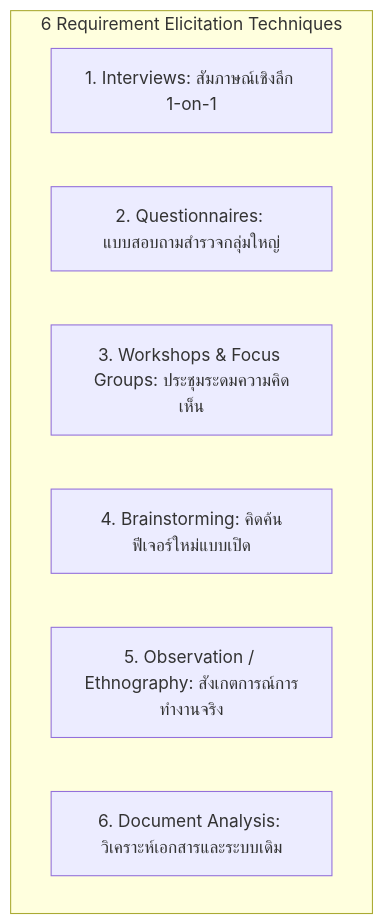
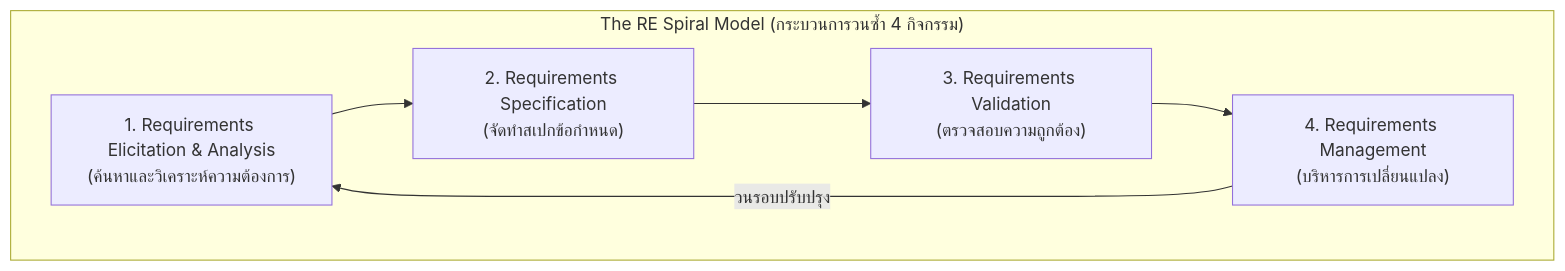
Before and after one commit to kanomoo/software-engineering: the fourth of 9 diagrams in Wiki/Lecture 3 - Requirements Engineering, Elicitation & Case Studies.md, drawn with Mermaid. The commit also changed other lines of this file and 5 other files, not shown here.

````diff
--- a/Wiki/Lecture 3 - Requirements Engineering, Elicitation & Case Studies.md
+++ b/Wiki/Lecture 3 - Requirements Engineering, Elicitation & Case Studies.md
@@ -101,11 +168,9 @@
 ```mermaid
 flowchart TD
-    subgraph Elicitation_Techniques ["6 Requirement Elicitation Techniques"]
-        T1["1. Interviews: สัมภาษณ์เชิงลึก 1-on-1"]
-        T2["2. Questionnaires: แบบสอบถามสำรวจกลุ่มใหญ่"]
-        T3["3. Workshops & Focus Groups: ประชุมระดมความคิดเห็น"]
-        T4["4. Brainstorming: คิดค้นฟีเจอร์ใหม่แบบเปิด"]
-        T5["5. Observation / Ethnography: สังเกตการณ์การทำงานจริง"]
-        T6["6. Document Analysis: วิเคราะห์เอกสารและระบบเดิม"]
+    subgraph RE_Spiral ["The RE Spiral Model (กระบวนการวนซ้ำ 4 กิจกรรม)"]
+        A1["1. Requirements Elicitation & Analysis<br/>(ค้นหาและวิเคราะห์ความต้องการ)"] --> A2["2. Requirements Specification<br/>(จัดทำสเปกข้อกำหนด)"]
+        A2 --> A3["3. Requirements Validation<br/>(ตรวจสอบความถูกต้อง)"]
+        A3 --> A4["4. Requirements Management<br/>(บริหารการเปลี่ยนแปลง)"]
+        A4 -->|วนรอบปรับปรุง| A1
     end
 ```
````
